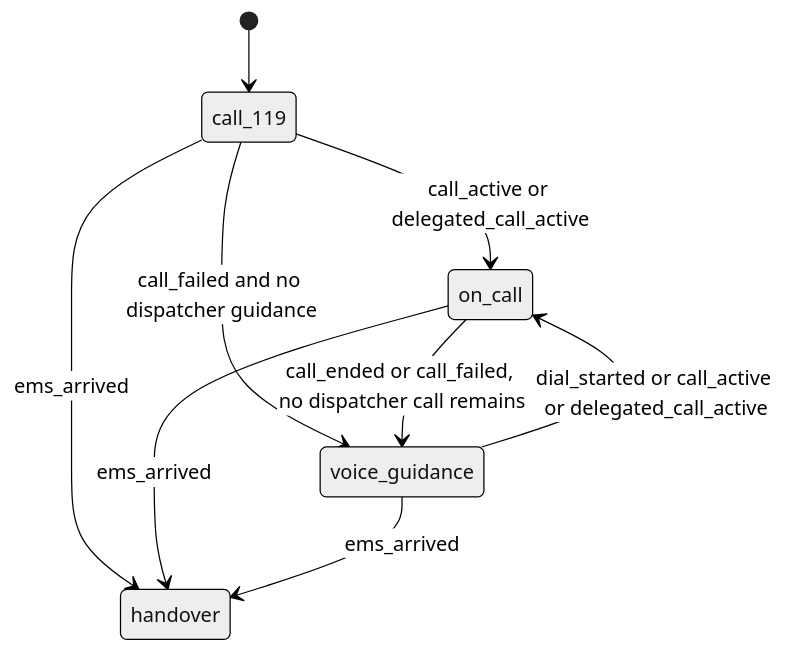
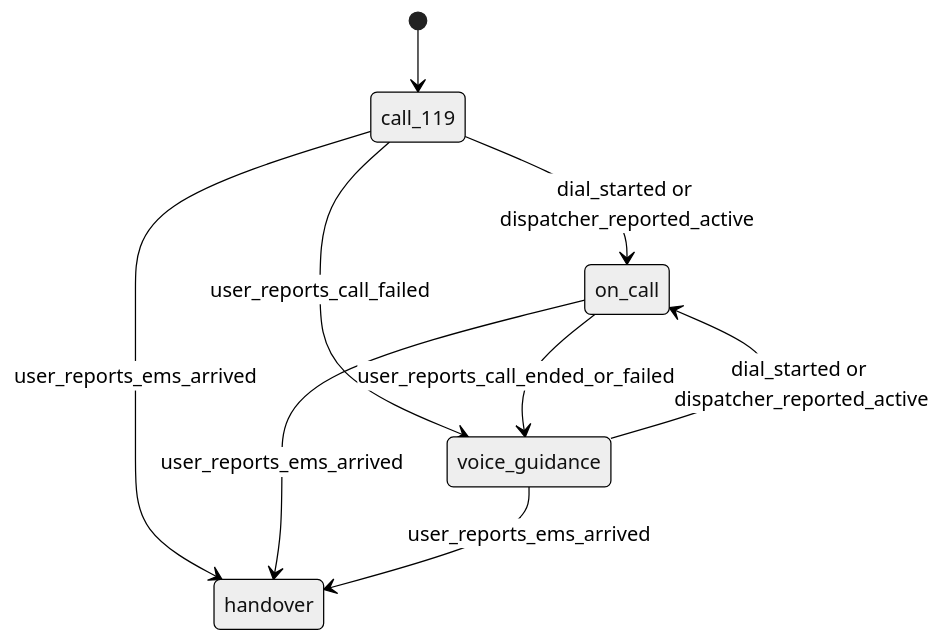
Before and after one commit to EricHuang0302/mchackathon: the second of 2 diagrams in docs/sdd.md, drawn with Mermaid (neutral theme). The commit also changed other lines of this file and 1 other file, not shown here.

````diff
--- a/docs/sdd.md
+++ b/docs/sdd.md
@@ -246,11 +155,11 @@
 ```mermaid
 stateDiagram-v2
     [*] --> call_119
-    call_119 --> on_call: call_active or delegated_call_active
-    call_119 --> voice_guidance: call_failed and no dispatcher guidance
-    on_call --> voice_guidance: call_ended or call_failed, no dispatcher call remains
-    voice_guidance --> on_call: dial_started or call_active or delegated_call_active
-    call_119 --> handover: ems_arrived
-    on_call --> handover: ems_arrived
-    voice_guidance --> handover: ems_arrived
+    call_119 --> on_call: dial_started or dispatcher_reported_active
+    call_119 --> voice_guidance: user_reports_call_failed
+    on_call --> voice_guidance: user_reports_call_ended_or_failed
+    voice_guidance --> on_call: dial_started or dispatcher_reported_active
+    call_119 --> handover: user_reports_ems_arrived
+    on_call --> handover: user_reports_ems_arrived
+    voice_guidance --> handover: user_reports_ems_arrived
 ```
````
